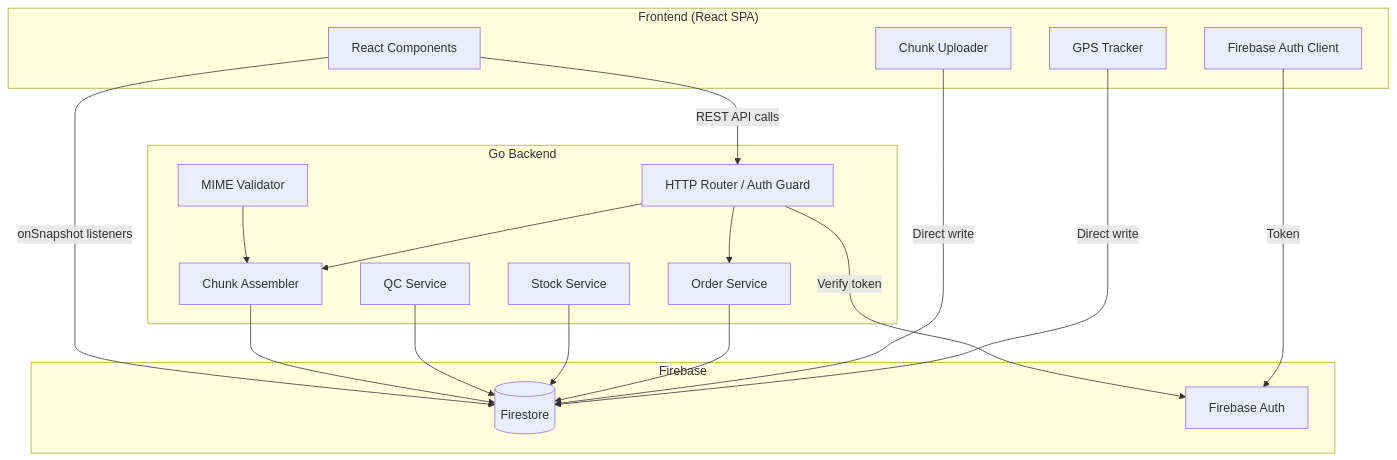
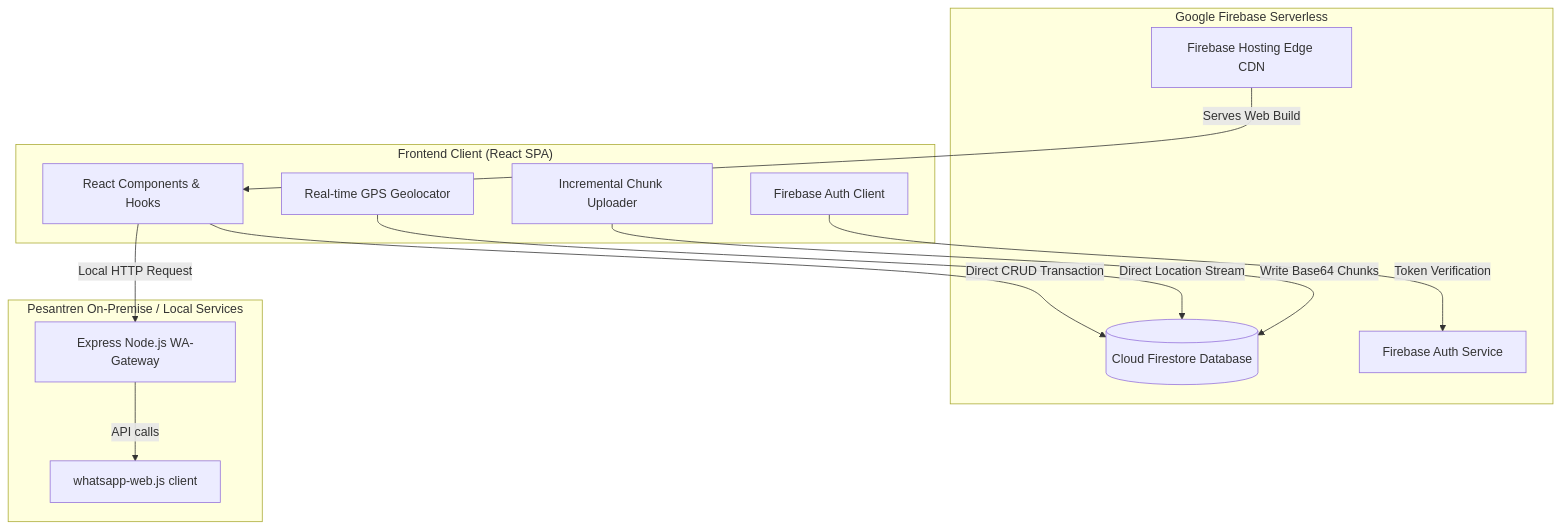
Before and after one commit to gariiriana/Al---Umana-Koperasi: the first of 2 diagrams in README.md, drawn with Mermaid. The commit also changed other lines of this file, not shown here.

Commit message:
docs: overhaul README.md with enterprise hybrid-serverless architecture documentation

````diff
--- a/README.md
+++ b/README.md
@@ -47,37 +48,29 @@
 ```mermaid
 graph TB
-    subgraph Client["Frontend (React SPA)"]
-        UI[React Components]
-        GPS[GPS Tracker]
-        Chunker[Chunk Uploader]
+    subgraph Client["Frontend Client (React SPA)"]
+        UI[React Components & Hooks]
+        GPS[Real-time GPS Geolocator]
+        Chunker[Incremental Chunk Uploader]
         Auth[Firebase Auth Client]
     end
 
-    subgraph Backend["Go Backend"]
-        Router[HTTP Router / Auth Guard]
-        OrderSvc[Order Service]
-        StockSvc[Stock Service]
-        QCSvc[QC Service]
-        ChunkAsm[Chunk Assembler]
-        MIMEVal[MIME Validator]
+    subgraph FirebaseCloud["Google Firebase Serverless"]
+        Firestore[(Cloud Firestore Database)]
+        FBAuth[Firebase Auth Service]
+        FBHosting[Firebase Hosting Edge CDN]
     end
 
-    subgraph Firebase["Firebase"]
-        Firestore[(Firestore)]
-        FBAuth[Firebase Auth]
+    subgraph localServices["Pesantren On-Premise / Local Services"]
+        WAGateway[Express Node.js WA-Gateway]
+        WABot[whatsapp-web.js client]
     end
 
-    UI -->|REST API calls| Router
-    GPS -->|Direct write| Firestore
-    Chunker -->|Direct write| Firestore
-    Auth -->|Token| FBAuth
-    Router -->|Verify token| FBAuth
-    Router --> OrderSvc
-    Router --> ChunkAsm
-    OrderSvc --> Firestore
-    StockSvc --> Firestore
-    QCSvc --> Firestore
-    ChunkAsm --> Firestore
-    MIMEVal --> ChunkAsm
-    UI -->|onSnapshot listeners| Firestore
+    FBHosting -->|Serves Web Build| UI
+    UI -->|Direct CRUD Transaction| Firestore
+    GPS -->|Direct Location Stream| Firestore
+    Chunker -->|Write Base64 Chunks| Firestore
+    Auth -->|Token Verification| FBAuth
+    
+    UI -->|Local HTTP Request| WAGateway
+    WAGateway -->|API calls| WABot
 ```
````
